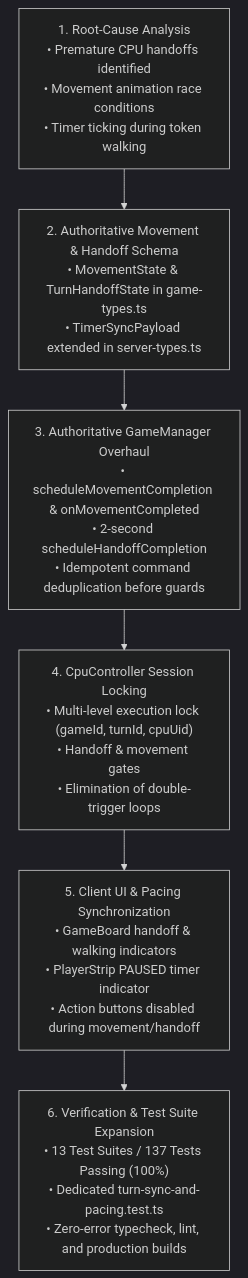
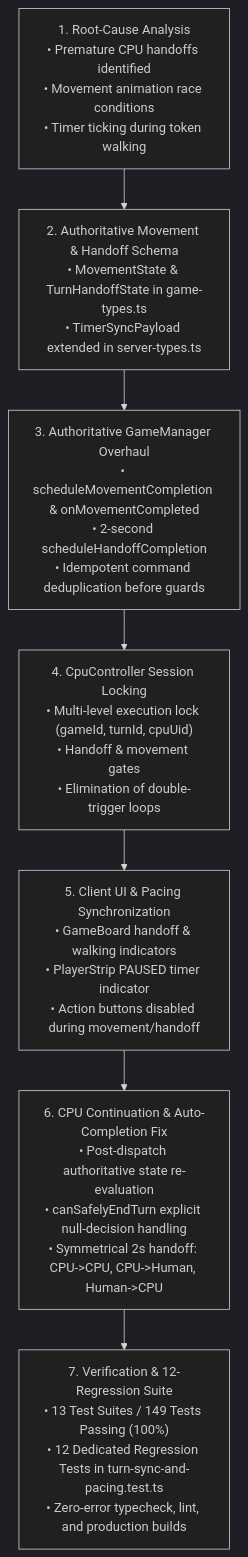
One commit to K-692/Monopoly-India-Game changed the second of 2 diagrams in flow.md. Above: the diagram before and after it, drawn with Mermaid (dark theme). The commit also changed other lines of this file and 4 other files, not shown here.

First line of the commit message:
fix(cpu): auto-complete completed CPU turns without waiting for player timer

````diff
--- a/flow.md
+++ b/flow.md
@@ -219,15 +219,17 @@
 ```mermaid
 flowchart TD
     M1["1. Root-Cause Analysis<br>• Premature CPU handoffs identified<br>• Movement animation race conditions<br>• Timer ticking during token walking"]
     M2["2. Authoritative Movement & Handoff Schema<br>• MovementState & TurnHandoffState in game-types.ts<br>• TimerSyncPayload extended in server-types.ts"]
     M3["3. Authoritative GameManager Overhaul<br>• scheduleMovementCompletion & onMovementCompleted<br>• 2-second scheduleHandoffCompletion<br>• Idempotent command deduplication before guards"]
     M4["4. CpuController Session Locking<br>• Multi-level execution lock (gameId, turnId, cpuUid)<br>• Handoff & movement gates<br>• Elimination of double-trigger loops"]
     M5["5. Client UI & Pacing Synchronization<br>• GameBoard handoff & walking indicators<br>• PlayerStrip PAUSED timer indicator<br>• Action buttons disabled during movement/handoff"]
-    M6["6. Verification & Test Suite Expansion<br>• 13 Test Suites / 137 Tests Passing (100%)<br>• Dedicated turn-sync-and-pacing.test.ts<br>• Zero-error typecheck, lint, and production builds"]
+    M6["6. CPU Continuation & Auto-Completion Fix<br>• Post-dispatch authoritative state re-evaluation<br>• canSafelyEndTurn explicit null-decision handling<br>• Symmetrical 2s handoff: CPU->CPU, CPU->Human, Human->CPU"]
+    M7["7. Verification & 12-Regression Suite<br>• 13 Test Suites / 149 Tests Passing (100%)<br>• 12 Dedicated Regression Tests in turn-sync-and-pacing.test.ts<br>• Zero-error typecheck, lint, and production builds"]
 
     M1 --> M2
     M2 --> M3
     M3 --> M4
     M4 --> M5
     M5 --> M6
+    M6 --> M7
 ```
````
